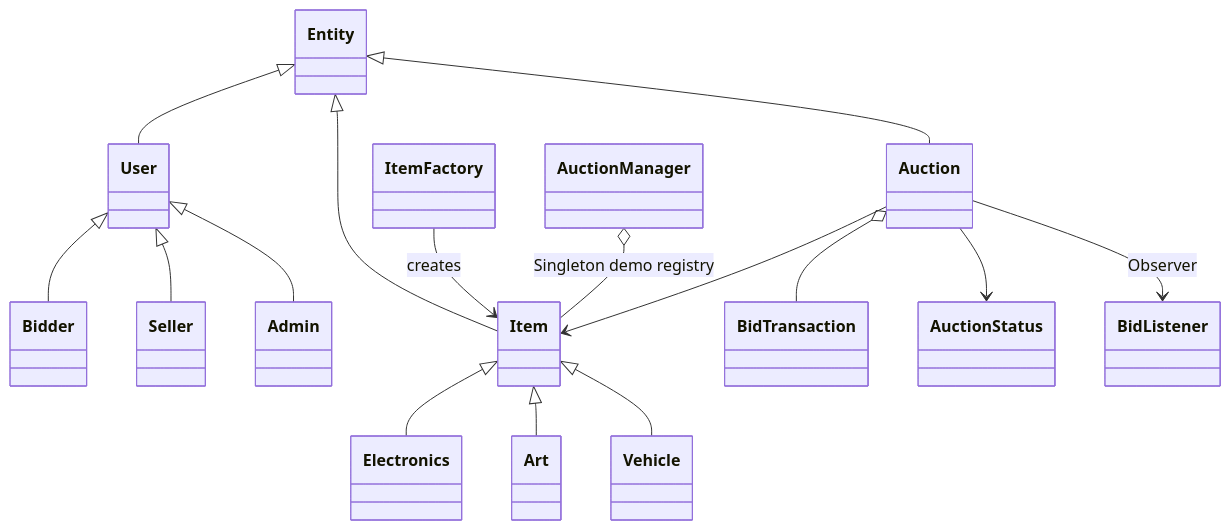
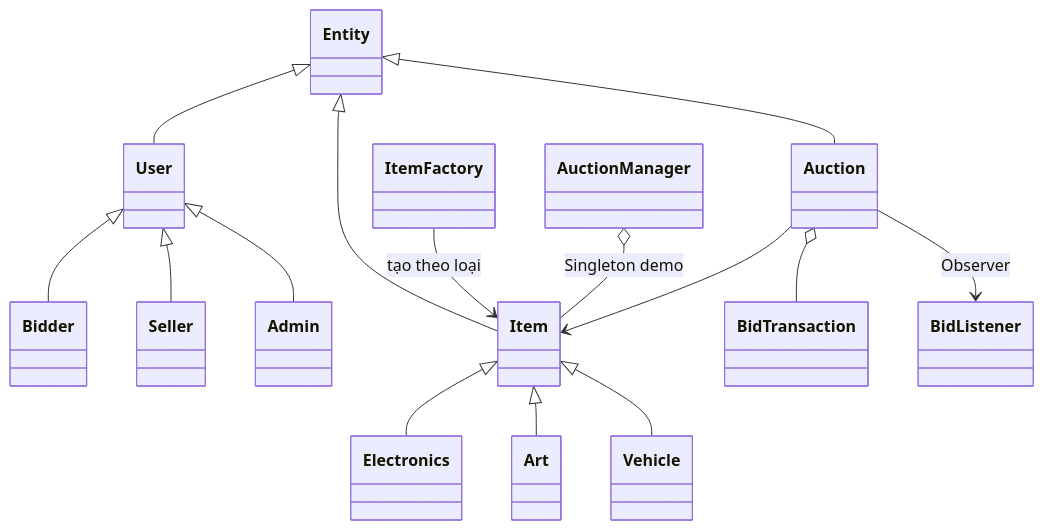
The second of 2 diagrams in docs/architecture.md (lphucxyz-alt/auction-system), drawn with Mermaid before and after one commit. The commit also changed other lines of this file and 21 other files, not shown here.

````diff
--- a/docs/architecture.md
+++ b/docs/architecture.md
@@ -25,18 +44,17 @@
 ```mermaid
 classDiagram
   Entity <|-- User
   User <|-- Bidder
   User <|-- Seller
   User <|-- Admin
   Entity <|-- Item
   Item <|-- Electronics
   Item <|-- Art
   Item <|-- Vehicle
   Entity <|-- Auction
   Auction --> Item
   Auction o-- BidTransaction
-  Auction --> AuctionStatus
   Auction --> BidListener : Observer
-  ItemFactory --> Item : creates
-  AuctionManager o-- Item : Singleton demo registry
+  ItemFactory --> Item : tạo theo loại
+  AuctionManager o-- Item : Singleton demo
 ```
````
